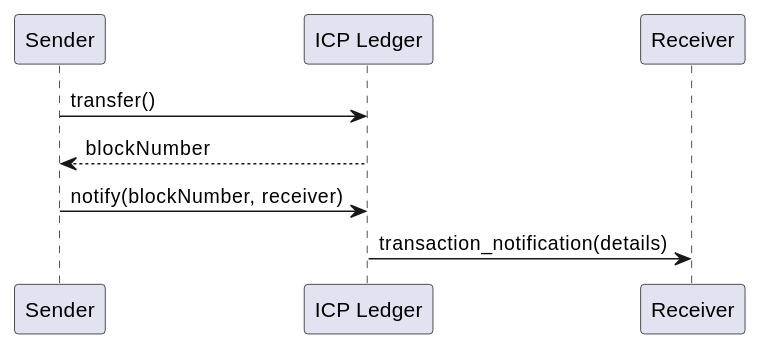
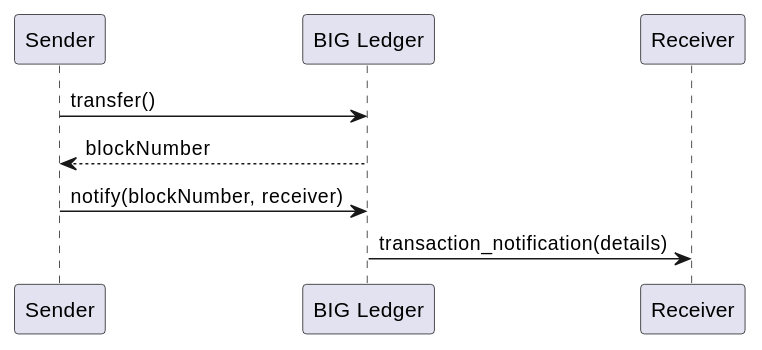
The second of 2 diagrams in docs/developer-docs/defi/big-tokens/using-the-ledger.mdx (thebigfilecom/thebigfile-com-dev), drawn with PlantUML before and after one commit. The commit also changed other lines of this file and 330 other files, not shown here.

Commit message:
All ICP to BIG

````diff
--- a/docs/developer-docs/defi/big-tokens/using-the-ledger.mdx
+++ b/docs/developer-docs/defi/big-tokens/using-the-ledger.mdx
@@ -286,10 +286,10 @@
 ```plantuml
     participant Sender
-    participant "ICP Ledger"
+    participant "BIG Ledger"
     participant Receiver
 
-    Sender -> "ICP Ledger": transfer()
-    "ICP Ledger" --> Sender: blockNumber
-    Sender -> "ICP Ledger": notify(blockNumber, receiver)
-    "ICP Ledger" -> "Receiver": transaction_notification(details)
+    Sender -> "BIG Ledger": transfer()
+    "BIG Ledger" --> Sender: blockNumber
+    Sender -> "BIG Ledger": notify(blockNumber, receiver)
+    "BIG Ledger" -> "Receiver": transaction_notification(details)
 ```
````
